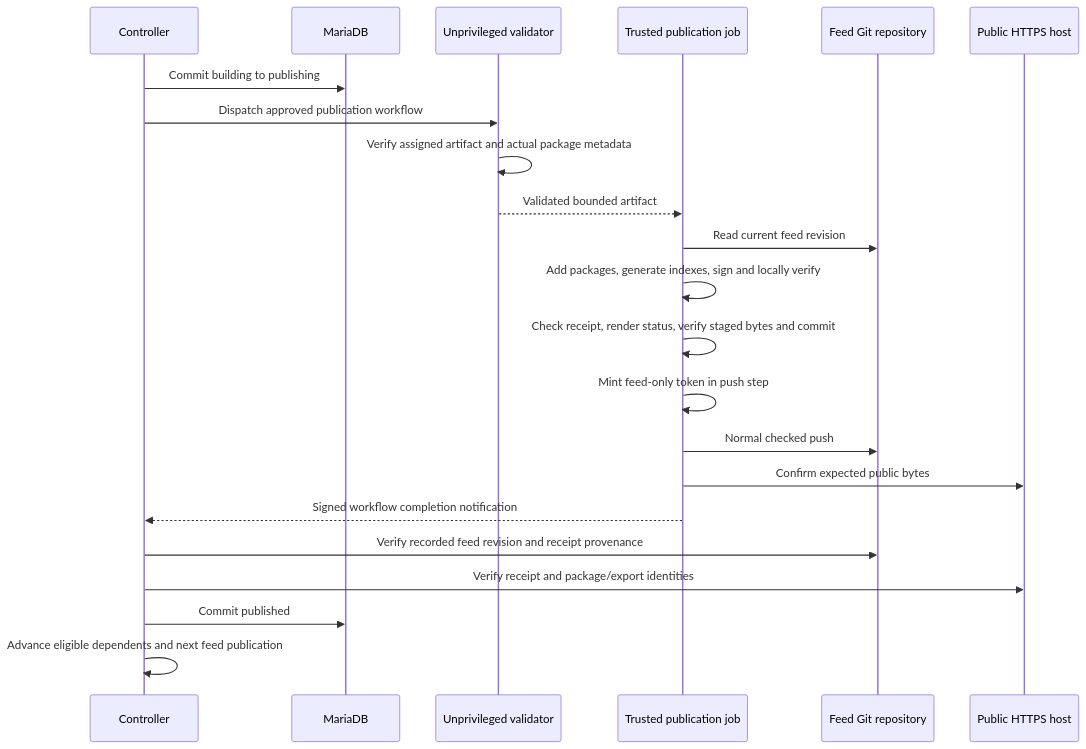
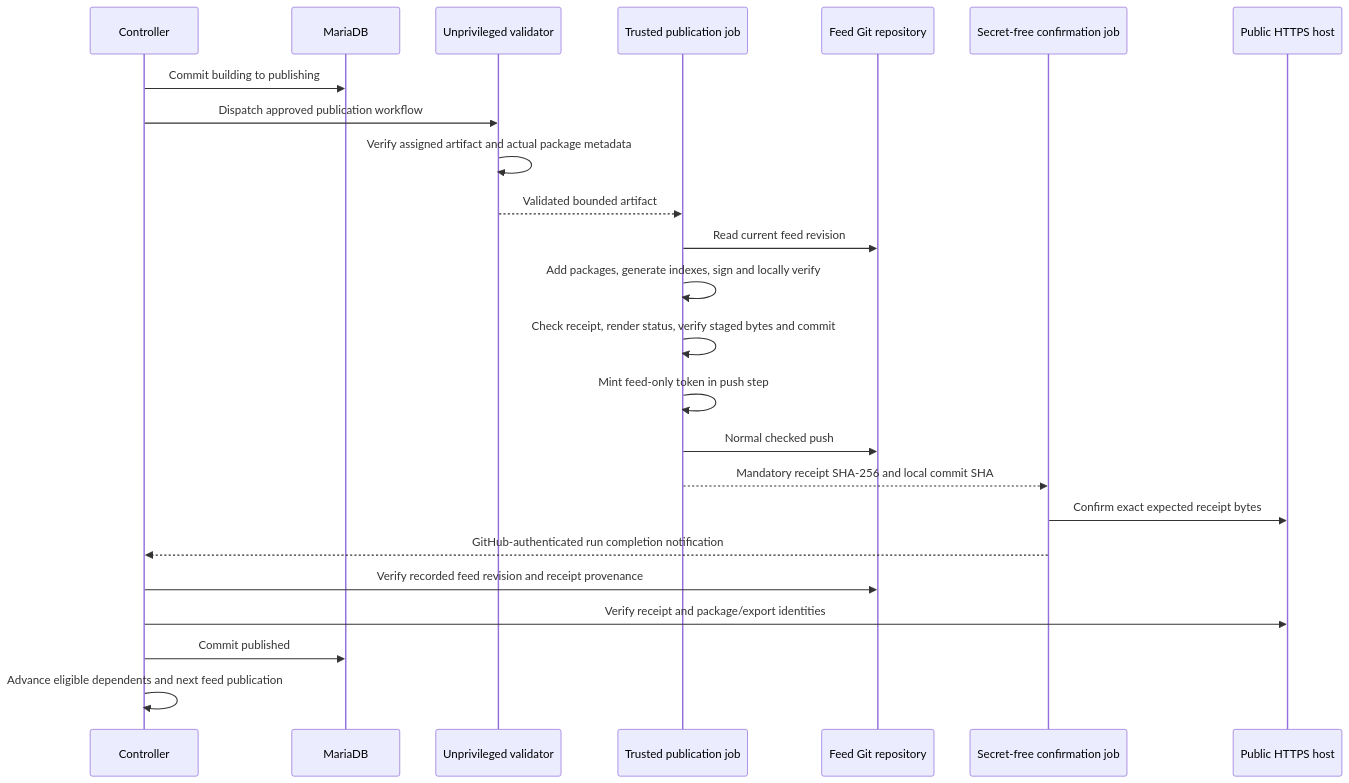
One commit to SNodeC/core-ci changed the eighth of 10 diagrams in docs/architecture/README.md. Above: the diagram before and after it, drawn with Mermaid. The commit also changed other lines of this file and 34 other files, not shown here.

````diff
--- a/docs/architecture/README.md
+++ b/docs/architecture/README.md
@@ -318,24 +326,26 @@
 ```mermaid
 sequenceDiagram
     participant C as Controller
     participant DB as MariaDB
     participant V as Unprivileged validator
     participant P as Trusted publication job
     participant F as Feed Git repository
+    participant Q as Secret-free confirmation job
     participant H as Public HTTPS host
     C->>DB: Commit building to publishing
     C->>V: Dispatch approved publication workflow
     V->>V: Verify assigned artifact and actual package metadata
     V-->>P: Validated bounded artifact
     P->>F: Read current feed revision
     P->>P: Add packages, generate indexes, sign and locally verify
     P->>P: Check receipt, render status, verify staged bytes and commit
     P->>P: Mint feed-only token in push step
     P->>F: Normal checked push
-    P->>H: Confirm expected public bytes
-    P-->>C: Signed workflow completion notification
+    P-->>Q: Mandatory receipt SHA-256 and local commit SHA
+    Q->>H: Confirm exact expected receipt bytes
+    Q-->>C: GitHub-authenticated run completion notification
     C->>F: Verify recorded feed revision and receipt provenance
     C->>H: Verify receipt and package/export identities
     C->>DB: Commit published
     C->>C: Advance eligible dependents and next feed publication
 ```
````
